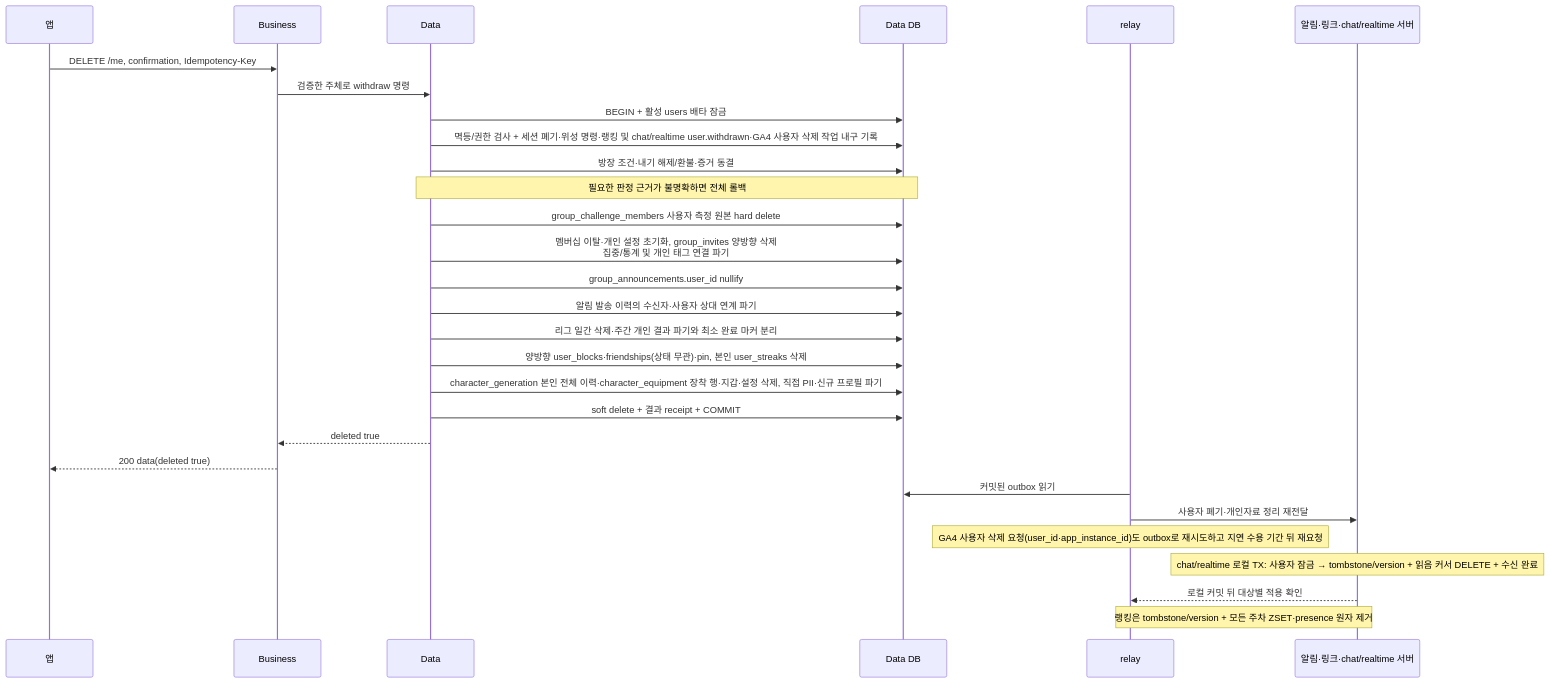
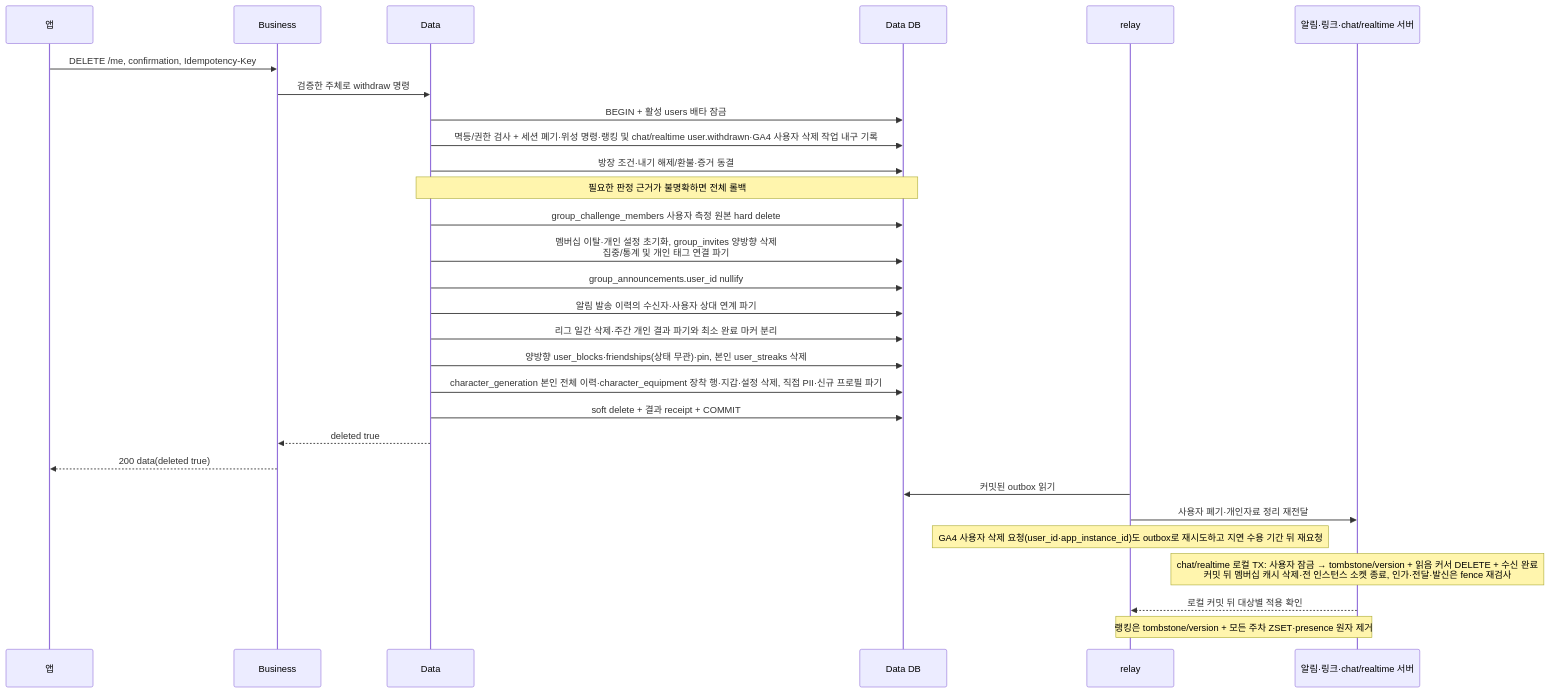
The fifth of 6 diagrams in docs/prd/account/high-level-design.md (OneOrThree/phone), drawn with Mermaid before and after one commit. The commit also changed other lines of this file and 4 other files, not shown here.

````diff
--- a/docs/prd/account/high-level-design.md
+++ b/docs/prd/account/high-level-design.md
@@ -154,31 +154,31 @@
 ```mermaid
 sequenceDiagram
     participant A as 앱
     participant B as Business
     participant D as Data
     participant DB as Data DB
     participant R as relay
     participant S as 알림·링크·chat/realtime 서버
     A->>B: DELETE /me, confirmation, Idempotency-Key
     B->>D: 검증한 주체로 withdraw 명령
     D->>DB: BEGIN + 활성 users 배타 잠금
     D->>DB: 멱등/권한 검사 + 세션 폐기·위성 명령·랭킹 및 chat/realtime user.withdrawn·GA4 사용자 삭제 작업 내구 기록
     D->>DB: 방장 조건·내기 해제/환불·증거 동결
     Note over D,DB: 필요한 판정 근거가 불명확하면 전체 롤백
     D->>DB: group_challenge_members 사용자 측정 원본 hard delete
     D->>DB: 멤버십 이탈·개인 설정 초기화, group_invites 양방향 삭제<br/>집중/통계 및 개인 태그 연결 파기
     D->>DB: group_announcements.user_id nullify
     D->>DB: 알림 발송 이력의 수신자·사용자 상대 연계 파기
     D->>DB: 리그 일간 삭제·주간 개인 결과 파기와 최소 완료 마커 분리
     D->>DB: 양방향 user_blocks·friendships(상태 무관)·pin, 본인 user_streaks 삭제
     D->>DB: character_generation 본인 전체 이력·character_equipment 장착 행·지갑·설정 삭제, 직접 PII·신규 프로필 파기
     D->>DB: soft delete + 결과 receipt + COMMIT
     D-->>B: deleted true
     B-->>A: 200 data(deleted true)
     R->>DB: 커밋된 outbox 읽기
     R->>S: 사용자 폐기·개인자료 정리 재전달
     Note over R: GA4 사용자 삭제 요청(user_id·app_instance_id)도 outbox로 재시도하고 지연 수용 기간 뒤 재요청
-    Note over S: chat/realtime 로컬 TX: 사용자 잠금 → tombstone/version + 읽음 커서 DELETE + 수신 완료
+    Note over S: chat/realtime 로컬 TX: 사용자 잠금 → tombstone/version + 읽음 커서 DELETE + 수신 완료<br/>커밋 뒤 멤버십 캐시 삭제·전 인스턴스 소켓 종료, 인가·전달·발신은 fence 재검사
     S-->>R: 로컬 커밋 뒤 대상별 적용 확인
     Note over R,S: 랭킹은 tombstone/version + 모든 주차 ZSET·presence 원자 제거
 ```
````
